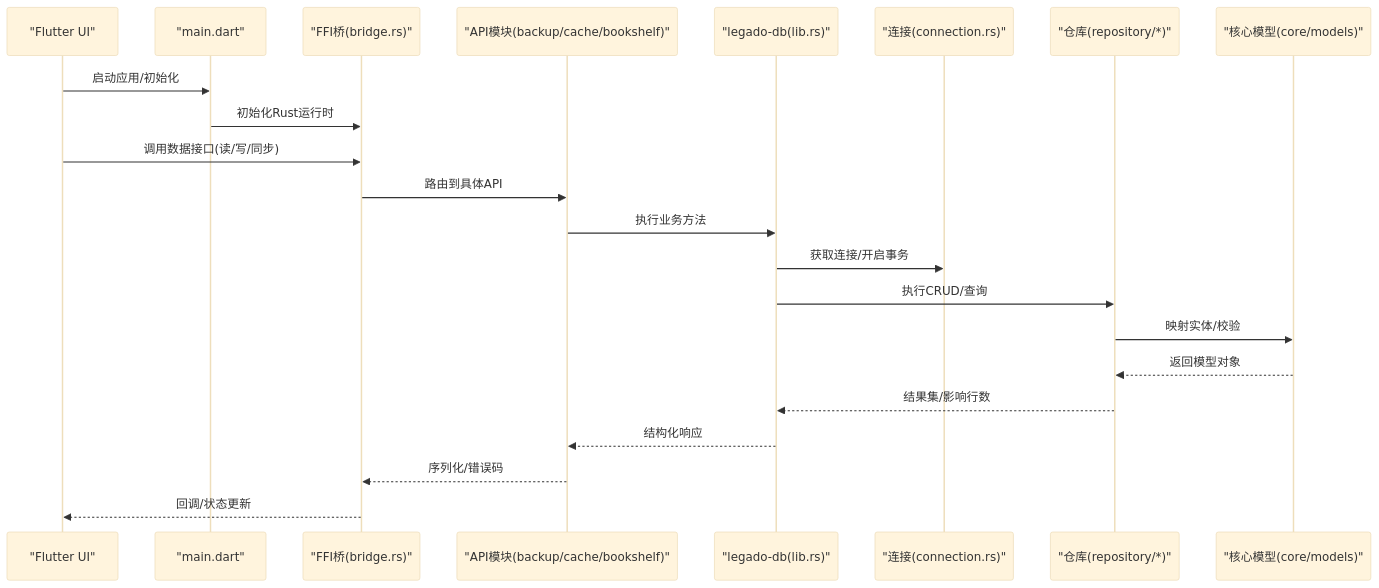
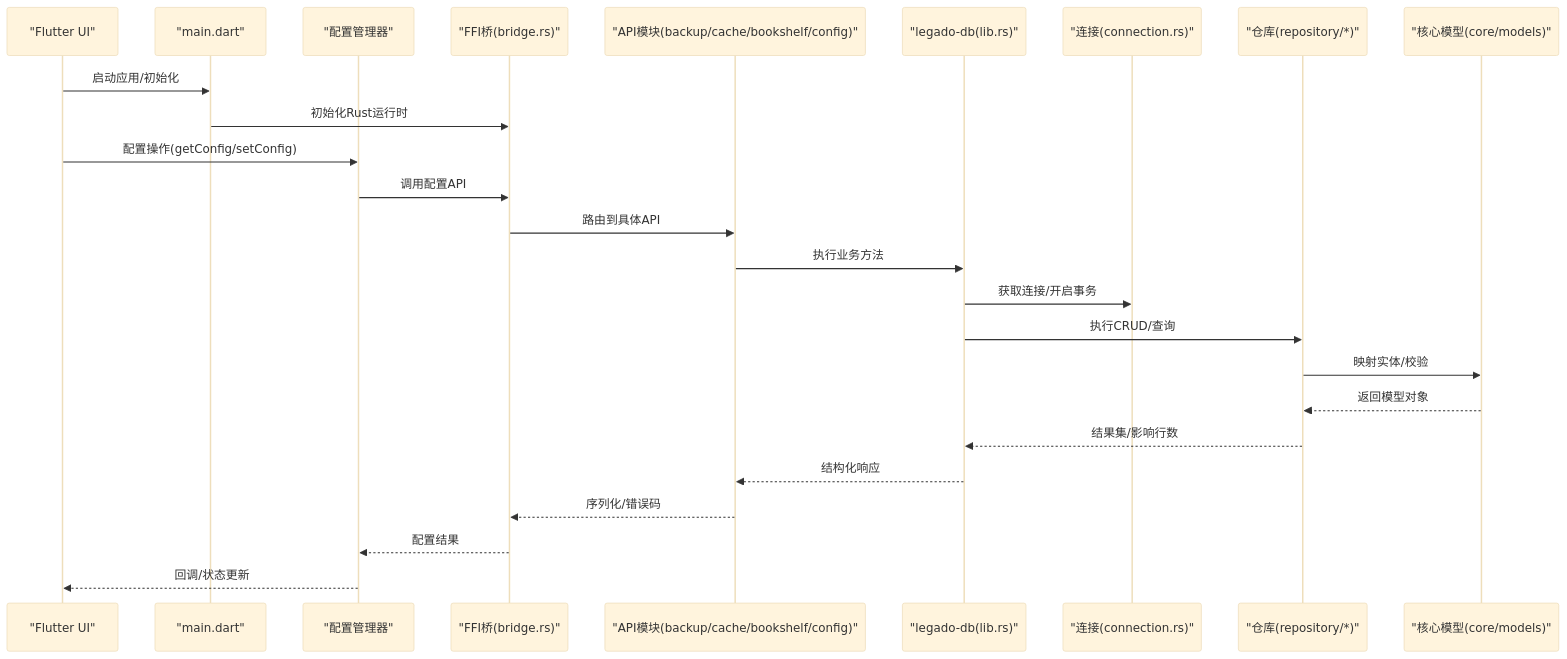
Before and after one commit to ZhangGHGitHub/LegadoTeamFlutter: the second of 8 diagrams in .qoder/repowiki/zh/content/Flutter跨平台应用/数据持久化.md, drawn with Mermaid (base theme). The commit also changed other lines of this file and 173 other files, not shown here.

````diff
--- a/.qoder/repowiki/zh/content/Flutter跨平台应用/数据持久化.md
+++ b/.qoder/repowiki/zh/content/Flutter跨平台应用/数据持久化.md
@@ -192,24 +231,27 @@
 ```mermaid
 sequenceDiagram
 participant UI as "Flutter UI"
 participant Main as "main.dart"
+participant Config as "配置管理器"
 participant FFI as "FFI桥(bridge.rs)"
-participant API as "API模块(backup/cache/bookshelf)"
+participant API as "API模块(backup/cache/bookshelf/config)"
 participant DB as "legado-db(lib.rs)"
 participant Conn as "连接(connection.rs)"
 participant Repo as "仓库(repository/*)"
 participant Core as "核心模型(core/models)"
 UI->>Main : 启动应用/初始化
 Main->>FFI : 初始化Rust运行时
-UI->>FFI : 调用数据接口(读/写/同步)
+UI->>Config : 配置操作(getConfig/setConfig)
+Config->>FFI : 调用配置API
 FFI->>API : 路由到具体API
 API->>DB : 执行业务方法
 DB->>Conn : 获取连接/开启事务
 DB->>Repo : 执行CRUD/查询
 Repo->>Core : 映射实体/校验
 Core-->>Repo : 返回模型对象
 Repo-->>DB : 结果集/影响行数
 DB-->>API : 结构化响应
 API-->>FFI : 序列化/错误码
-FFI-->>UI : 回调/状态更新
+FFI-->>Config : 配置结果
+Config-->>UI : 回调/状态更新
 ```
````
